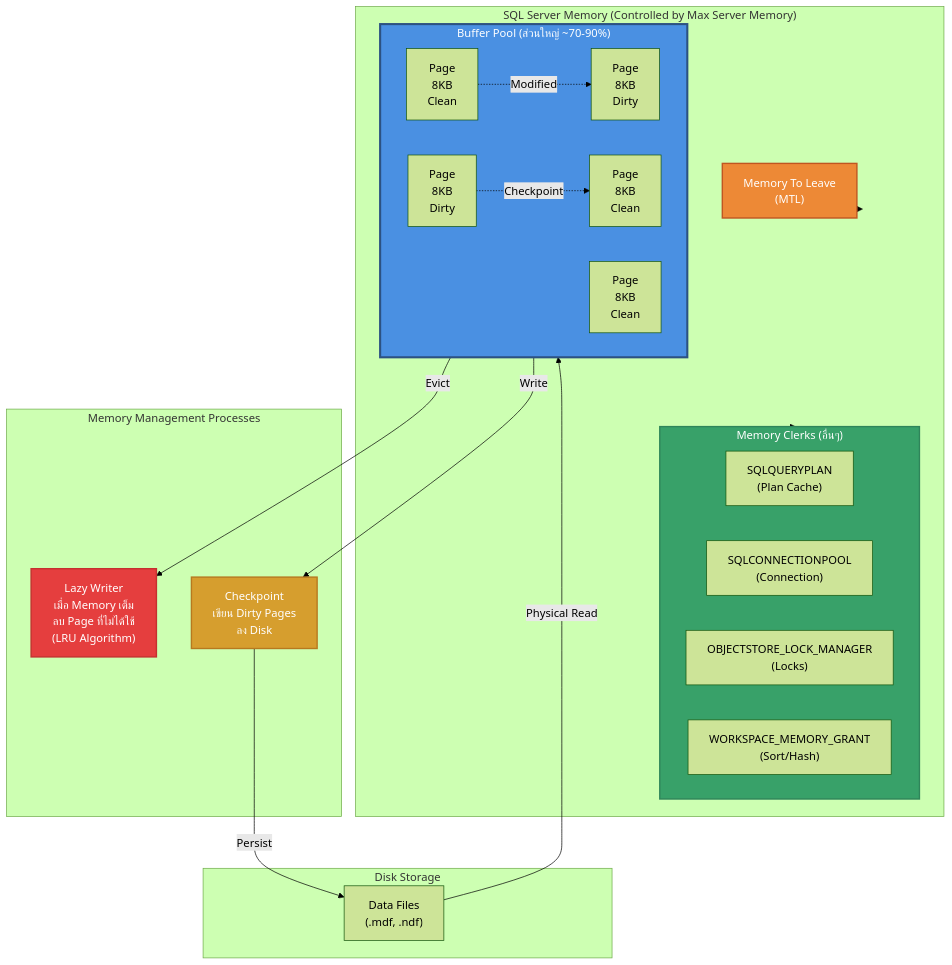
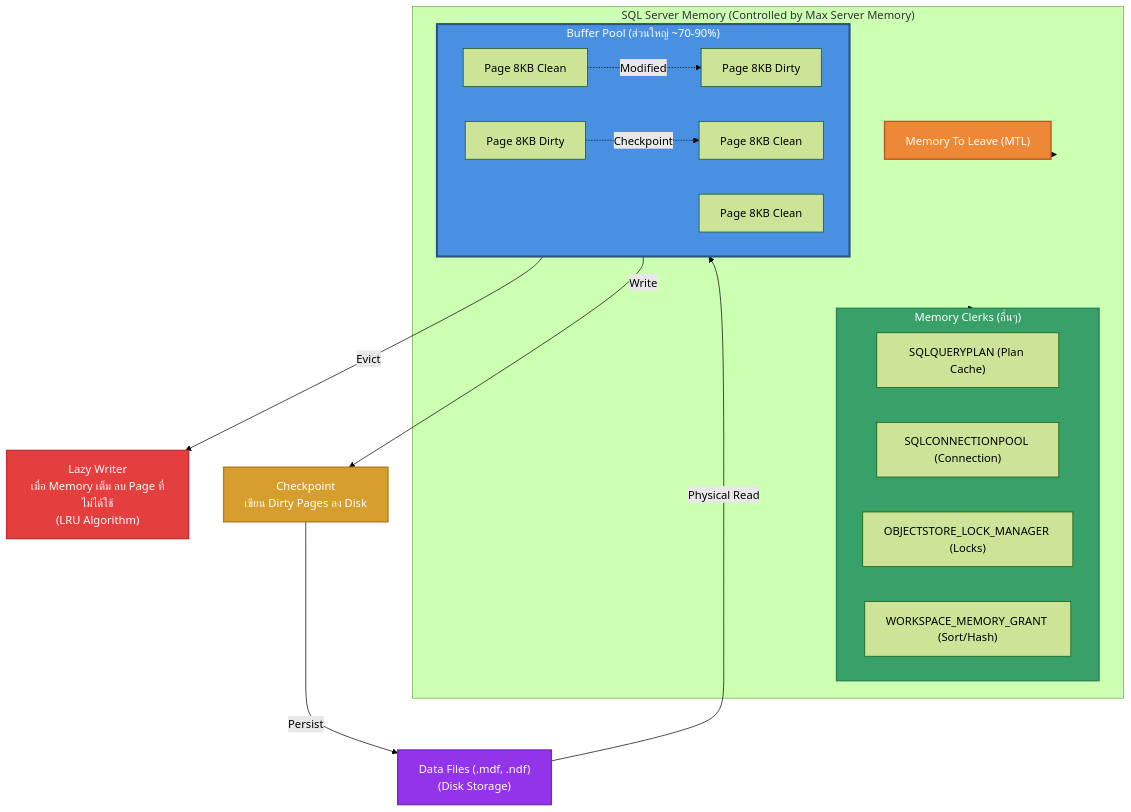
One commit to phakkhaphong/sql-server-performance-tuning changed the fifth of 7 diagrams in Module_04_Memory/README.md. Above: the diagram before and after it, drawn with Mermaid (forest theme). The commit also changed other lines of this file, not shown here.

Commit message:
Refactor README diagrams for SQL Server Memory Models and Resource Governor, enhancing clarity by updating layout direction, simplifying annotations, and improving visual representation of memory allocation processes and performance indicators.

````diff
--- a/Module_04_Memory/README.md
+++ b/Module_04_Memory/README.md
@@ -256,48 +251,45 @@
 ```mermaid
-graph TB
+flowchart TB
     subgraph SQLServerMemory["SQL Server Memory (Controlled by Max Server Memory)"]
         subgraph BufferPool["Buffer Pool (ส่วนใหญ่ ~70-90%)"]
             direction LR
-            P1["Page<br/>8KB<br/>Clean"]
-            P2["Page<br/>8KB<br/>Clean"]
-            P3["Page<br/>8KB<br/>Dirty"]
-            P4["Page<br/>8KB<br/>Dirty"]
-            P5["Page<br/>8KB<br/>Clean"]
+            P1["Page 8KB Clean"]
+            P2["Page 8KB Clean"]
+            P3["Page 8KB Dirty"]
+            P4["Page 8KB Dirty"]
+            P5["Page 8KB Clean"]
             
             P1 -.->|Modified| P3
             P4 -.->|Checkpoint| P2
         end
         
         subgraph MemoryClerks["Memory Clerks (อื่นๆ)"]
-            MC1["SQLQUERYPLAN<br/>(Plan Cache)"]
-            MC2["SQLCONNECTIONPOOL<br/>(Connection)"]
-            MC3["OBJECTSTORE_LOCK_MANAGER<br/>(Locks)"]
-            MC4["WORKSPACE_MEMORY_GRANT<br/>(Sort/Hash)"]
+            MC1["SQLQUERYPLAN (Plan Cache)"]
+            MC2["SQLCONNECTIONPOOL (Connection)"]
+            MC3["OBJECTSTORE_LOCK_MANAGER (Locks)"]
+            MC4["WORKSPACE_MEMORY_GRANT (Sort/Hash)"]
         end
         
-        MTL["Memory To Leave<br/>(MTL)"]
+        MTL["Memory To Leave (MTL)"]
     end
     
-    subgraph Processes["Memory Management Processes"]
-        LW["Lazy Writer<br/>เมื่อ Memory เต็ม<br/>ลบ Page ที่ไม่ได้ใช้<br/>(LRU Algorithm)"]
-        CP["Checkpoint<br/>เขียน Dirty Pages<br/>ลง Disk"]
-    end
+    LW["Lazy Writer<br/>เมื่อ Memory เต็ม ลบ Page ที่ไม่ได้ใช้<br/>(LRU Algorithm)"]
+    CP["Checkpoint<br/>เขียน Dirty Pages ลง Disk"]
     
-    subgraph Disk["Disk Storage"]
-        DataFiles["Data Files<br/>(.mdf, .ndf)"]
-    end
+    DataFiles["Data Files (.mdf, .ndf)<br/>(Disk Storage)"]
     
     BufferPool -->|Evict| LW
     BufferPool -->|Write| CP
     CP -->|Persist| DataFiles
     DataFiles -->|Physical Read| BufferPool
     
     SQLServerMemory --> MemoryClerks
     SQLServerMemory --> MTL
     
     style BufferPool fill:#4a90e2,stroke:#2c5282,stroke-width:3px,color:#fff
     style MemoryClerks fill:#38a169,stroke:#2f855a,stroke-width:2px,color:#fff
     style MTL fill:#ed8936,stroke:#c05621,stroke-width:2px,color:#fff
     style LW fill:#e53e3e,stroke:#c53030,stroke-width:2px,color:#fff
     style CP fill:#d69e2e,stroke:#b7791f,stroke-width:2px,color:#fff
+    style DataFiles fill:#9333ea,stroke:#7e22ce,stroke-width:2px,color:#fff
 ```
````
